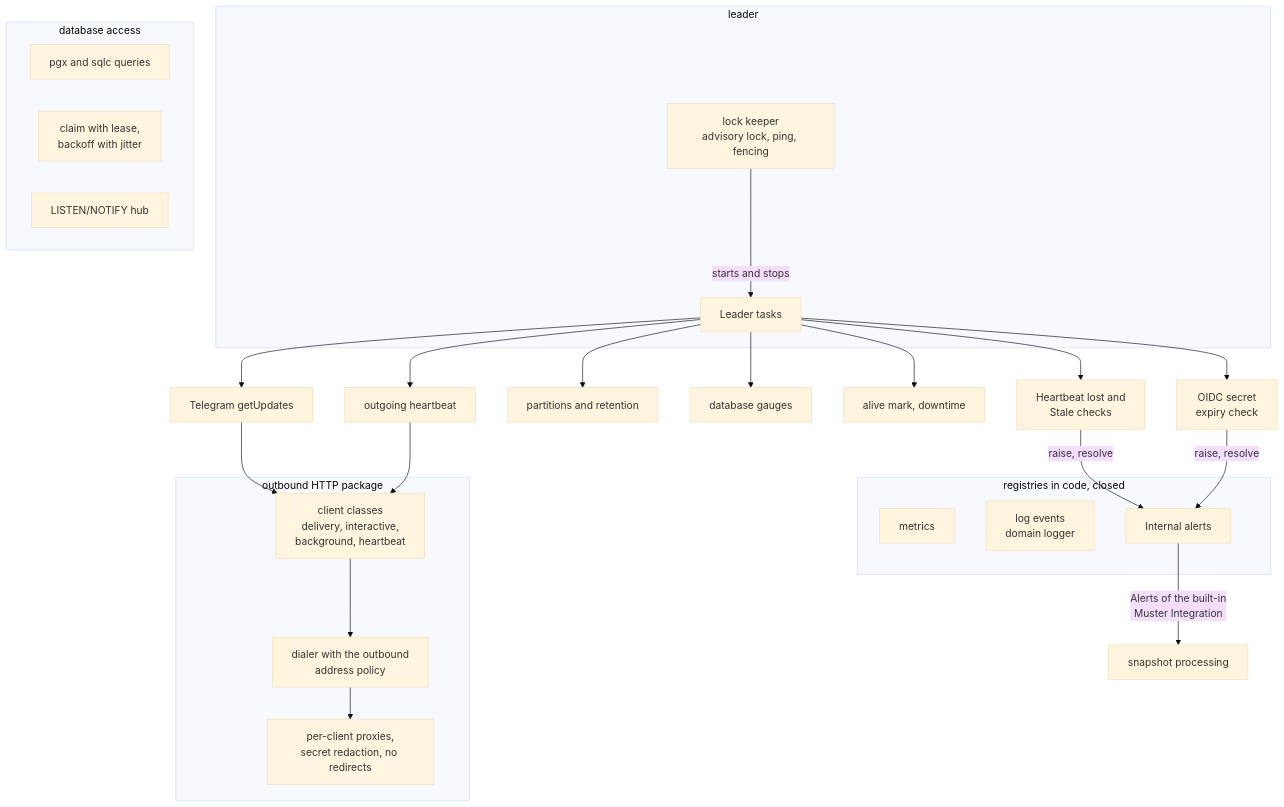
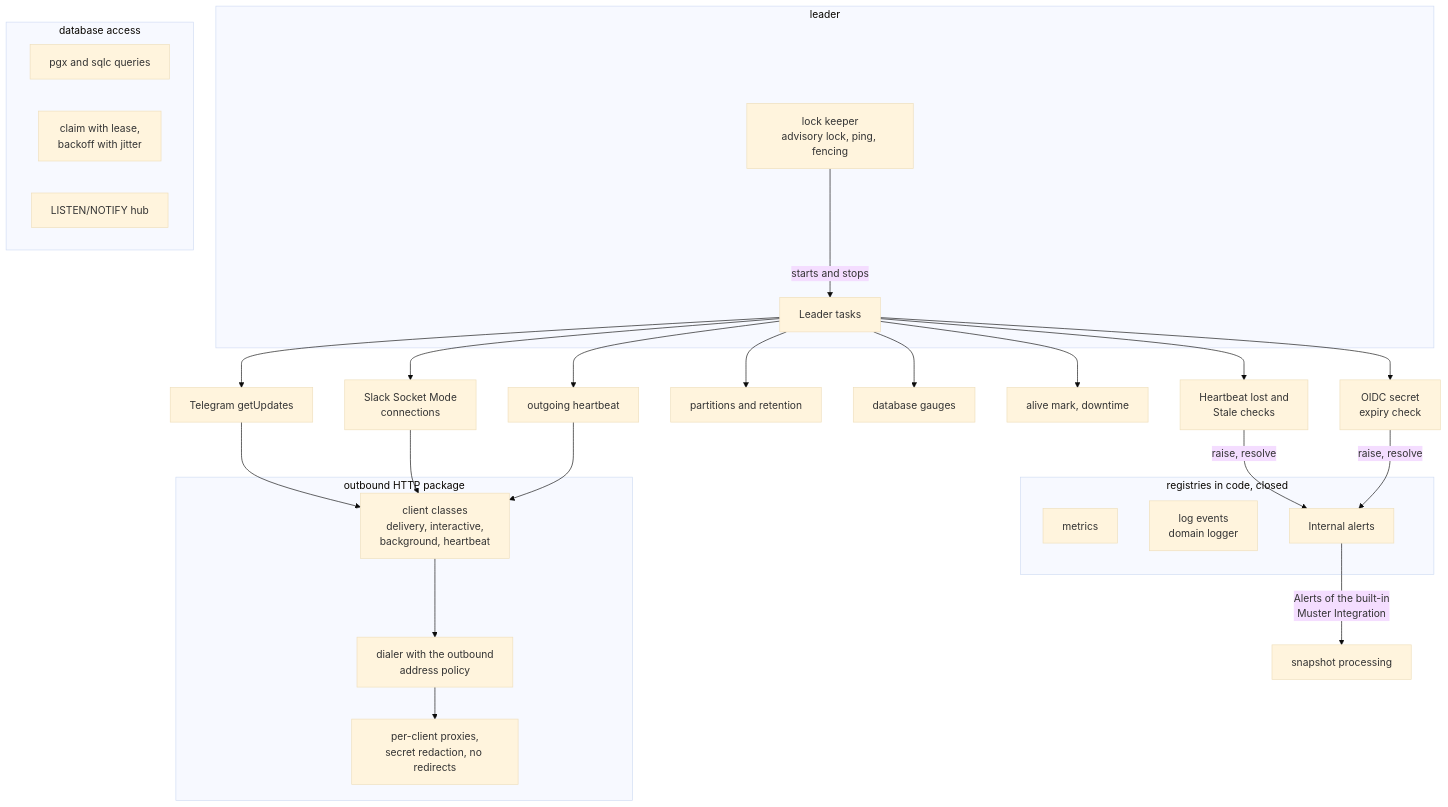
The fifth of 29 diagrams in design/architecture.md (muster-io/muster), drawn with Mermaid (base theme) before and after one commit. The commit also changed other lines of this file and 76 other files, not shown here.

Commit message:
feat(slack): receive slack button presses over socket mode on the leader (#327)

````diff
--- a/design/architecture.md
+++ b/design/architecture.md
@@ -363,38 +372,39 @@
 ```mermaid
 flowchart TB
     subgraph leader["leader"]
         lock["lock keeper<br/>advisory lock, ping, fencing"]
         tasks["Leader tasks"]
     end
     lock -- "starts and stops" --> tasks
     tasks --> tgpoll["Telegram getUpdates"]
+    tasks --> slsock["Slack Socket Mode<br/>connections"]
     tasks --> checks["Heartbeat lost and<br/>Stale checks"]
     tasks --> parts["partitions and retention"]
     tasks --> gauges["database gauges"]
     tasks --> alive["alive mark, downtime"]
     tasks --> ohb["outgoing heartbeat"]
     tasks --> oidc["OIDC secret<br/>expiry check"]
 
     subgraph registries["registries in code, closed"]
         metrics["metrics"]
         logs["log events<br/>domain logger"]
         ialerts["Internal alerts"]
     end
 
     subgraph outbound["outbound HTTP package"]
         classes["client classes<br/>delivery, interactive,<br/>background, heartbeat"]
         dialer["dialer with the outbound<br/>address policy"]
         proxies["per-client proxies,<br/>secret redaction, no redirects"]
     end
 
     subgraph dbpkg["database access"]
         sqlc["pgx and sqlc queries"]
         claim["claim with lease,<br/>backoff with jitter"]
         notify["LISTEN/NOTIFY hub"]
     end
 
     checks & oidc -- "raise, resolve" --> ialerts
     ialerts -- "Alerts of the built-in<br/>Muster Integration" --> processing["snapshot processing"]
-    tgpoll & ohb --> classes
+    tgpoll & slsock & ohb --> classes
     classes --> dialer --> proxies
 ```
````
